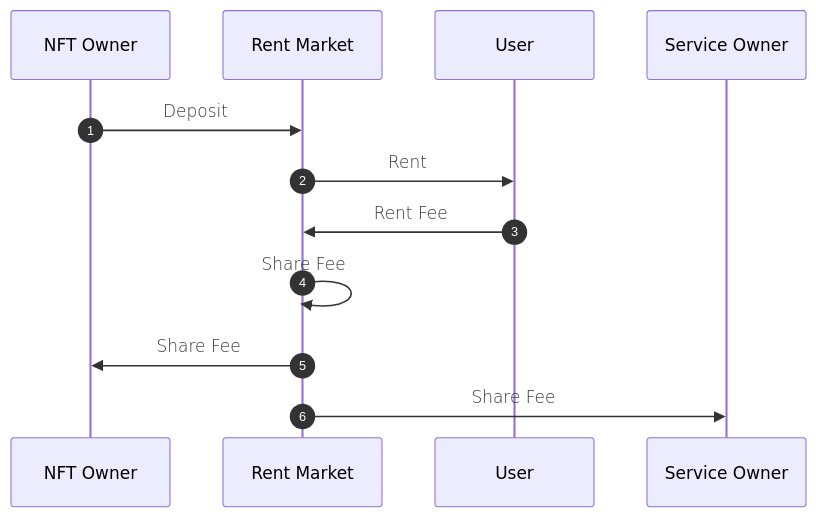
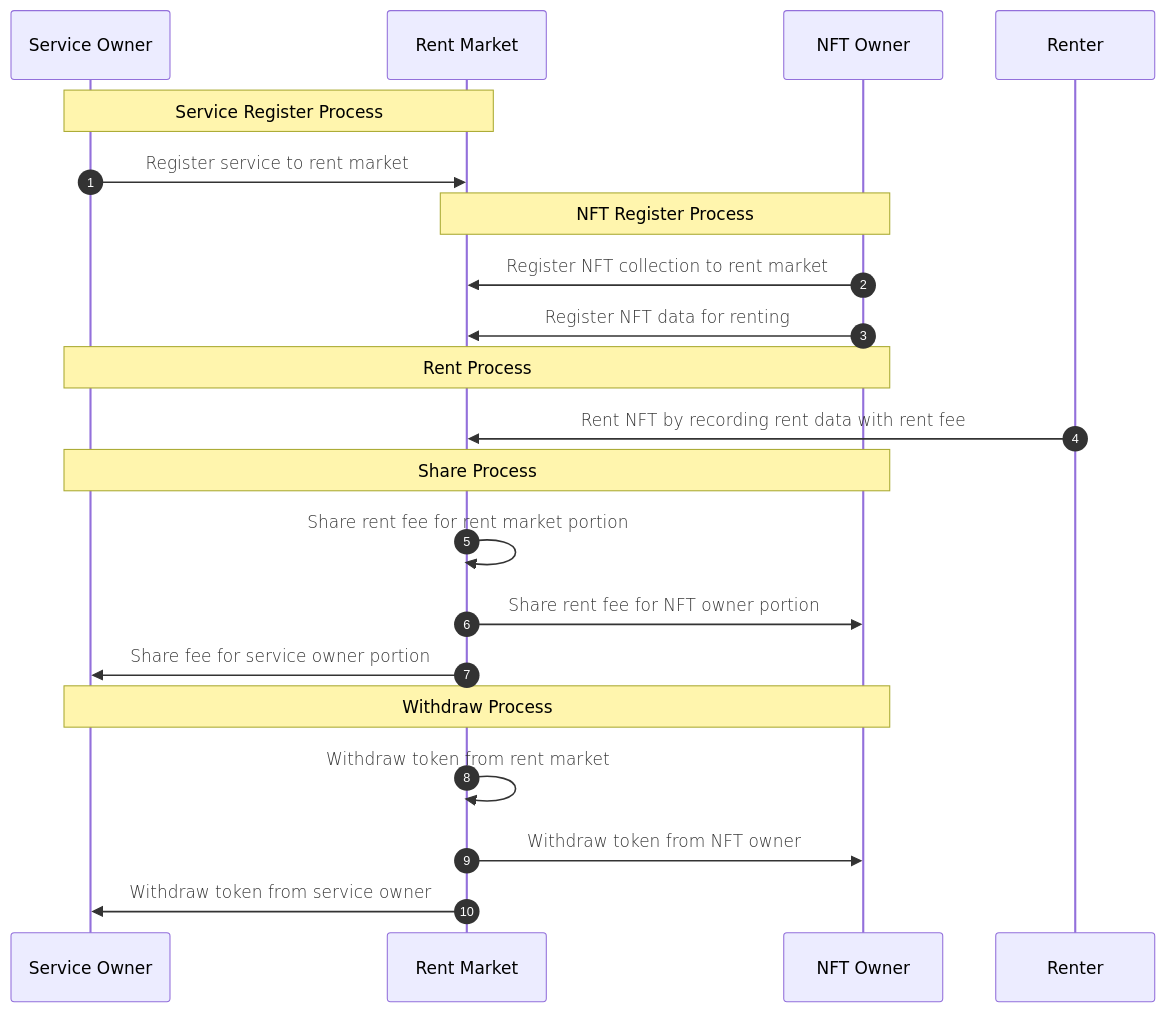
The diagram in _collections/_chapters/rent-market/how-to-rent.md (realbits-doc/realbits-doc.github.io), drawn with Mermaid before and after one commit. The commit also changed other lines of this file, not shown here.

Commit message:
Add more detail description and sequence diagram for how-to-rent chpator.

````diff
--- a/_collections/_chapters/rent-market/how-to-rent.md
+++ b/_collections/_chapters/rent-market/how-to-rent.md
@@ -8,34 +10,47 @@
 ```mermaid
 %%{
   init: {
 		"theme": "default",
 		"themeVariables": {
 				"fontFamily": "Helvetica"
 		},
 		"sequence": {
 			"actorBkg": "#000000",
 			"actorFontSize": "18",
 			"actorFontFamily": "Helvetica",
 			"actorFontWeight": 400,
 			"noteFontFamily": "Helvetica",
 			"noteFontSize": "12",
 			"noteFontWeight": 200,
 			"messageFontFamily": "Helvetica",
 			"messageFontSize": "16",
 			"messageFontWeight": 200,
 			"showSequenceNumbers": true
   	},
 		"journey": {
 			"taskFontFamily": "Helvetica"
 		}
   }
 }%%
 
 sequenceDiagram
-	NFT Owner->>Rent Market: Deposit
-	Rent Market->>User: Rent
-	User->>Rent Market: Rent Fee
-	Rent Market->>Rent Market: Share Fee
-	Rent Market->>NFT Owner: Share Fee
-	Rent Market->>Service Owner: Share Fee
+	Note over Service Owner,Rent Market: Service Register Process
+	Service Owner->>Rent Market: Register service to rent market
+
+	Note over NFT Owner,Rent Market: NFT Register Process
+	NFT Owner->>Rent Market: Register NFT collection to rent market
+	NFT Owner->>Rent Market: Register NFT data for renting
+
+	Note over Service Owner,NFT Owner: Rent Process
+	Renter->>Rent Market: Rent NFT by recording rent data with rent fee
+
+	Note over Service Owner,NFT Owner: Share Process
+	Rent Market->>Rent Market: Share rent fee for rent market portion
+	Rent Market->>NFT Owner: Share rent fee for NFT owner portion
+	Rent Market->>Service Owner: Share fee for service owner portion
+
+	Note over Service Owner,NFT Owner: Withdraw Process
+	Rent Market->>Rent Market: Withdraw token from rent market
+	Rent Market->>NFT Owner: Withdraw token from NFT owner
+	Rent Market->>Service Owner: Withdraw token from service owner
 ```
````
